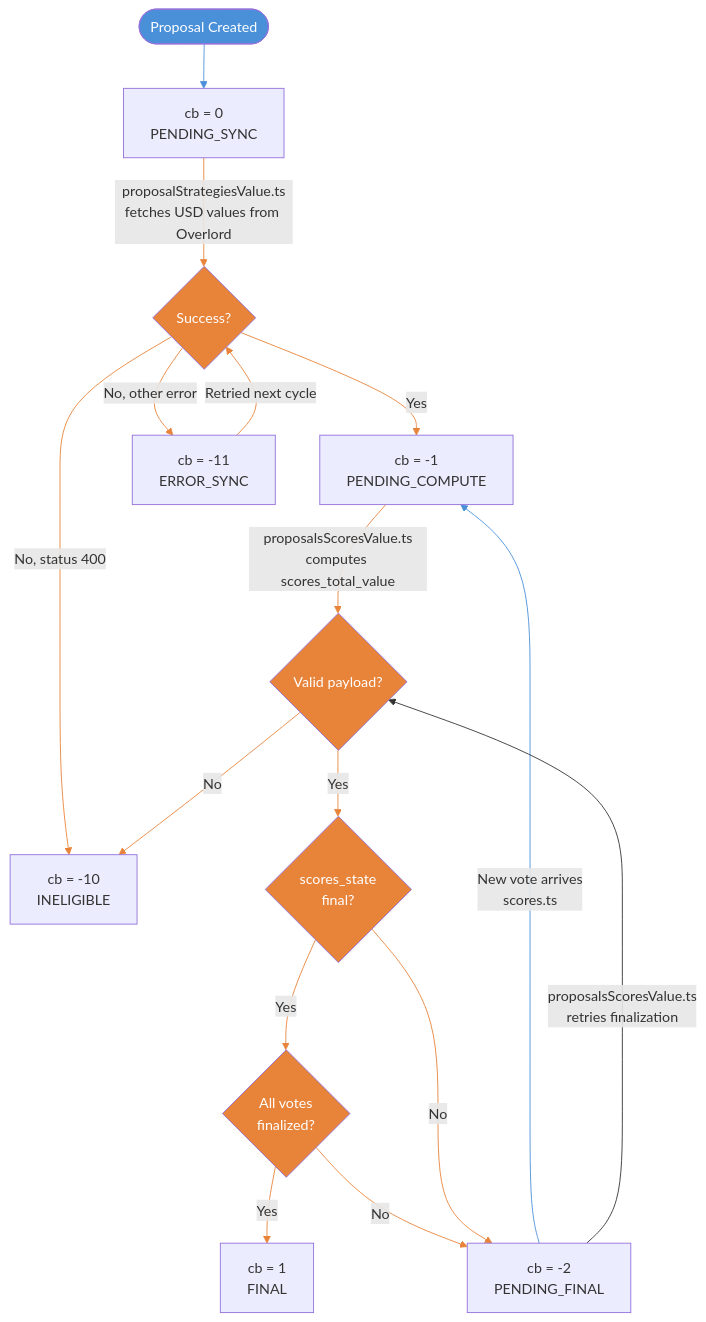
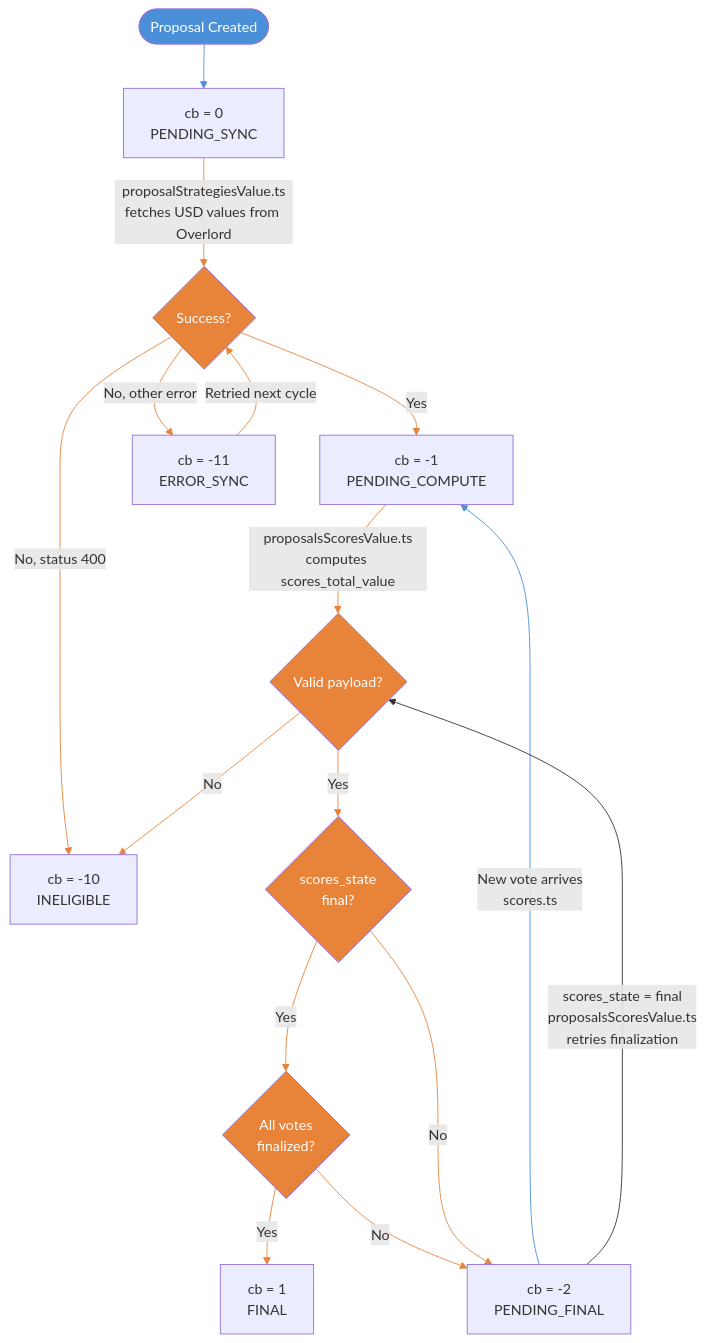
Before and after one commit to snapshot-labs/snapshot-sequencer: the first of 2 diagrams in docs/cb-flow.md, drawn with Mermaid.

Commit message:
docs: clarify PENDING_FINAL retry only applies when scores_state is final

````diff
--- a/docs/cb-flow.md
+++ b/docs/cb-flow.md
@@ -18,29 +18,29 @@
 ```mermaid
 flowchart TD
     A([Proposal Created]):::user --> B["cb = 0<br>PENDING_SYNC"]
     B -->|proposalStrategiesValue.ts<br>fetches USD values from Overlord| C{Success?}
     C -->|Yes| D["cb = -1<br>PENDING_COMPUTE"]
     C -->|No, status 400| G
     C -->|No, other error| E["cb = -11<br>ERROR_SYNC"]
     E -->|Retried next cycle| C
     D -->|proposalsScoresValue.ts<br>computes scores_total_value| F{Valid payload?}
     F -->|No| G["cb = -10<br>INELIGIBLE"]
     F -->|Yes| H{scores_state<br>final?}
     H -->|Yes| K{All votes<br>finalized?}
     K -->|Yes| I["cb = 1<br>FINAL"]
     K -->|No| J
     H -->|No| J["cb = -2<br>PENDING_FINAL"]
     J -->|New vote arrives<br>scores.ts| D
-    J -->|proposalsScoresValue.ts<br>retries finalization| F
+    J -->|"scores_state = final<br>proposalsScoresValue.ts<br>retries finalization"| F
 
     classDef user fill:#4a90d9,color:#fff
     classDef async fill:#e8833a,color:#fff
 
     class A user
     class C,F,H,K async
     class B,D,E,G,I,J default
 
     linkStyle 0 stroke:#4a90d9
     linkStyle 1,2,3,4,5,6,7,8,9,10,11,12 stroke:#e8833a
     linkStyle 13 stroke:#4a90d9
 ```
````
